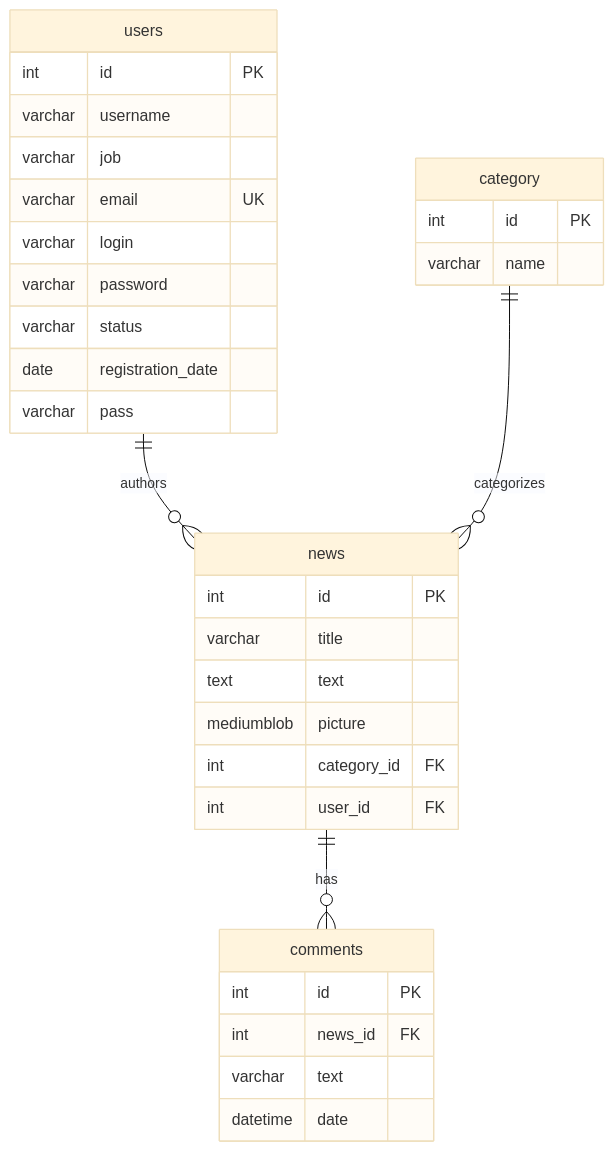
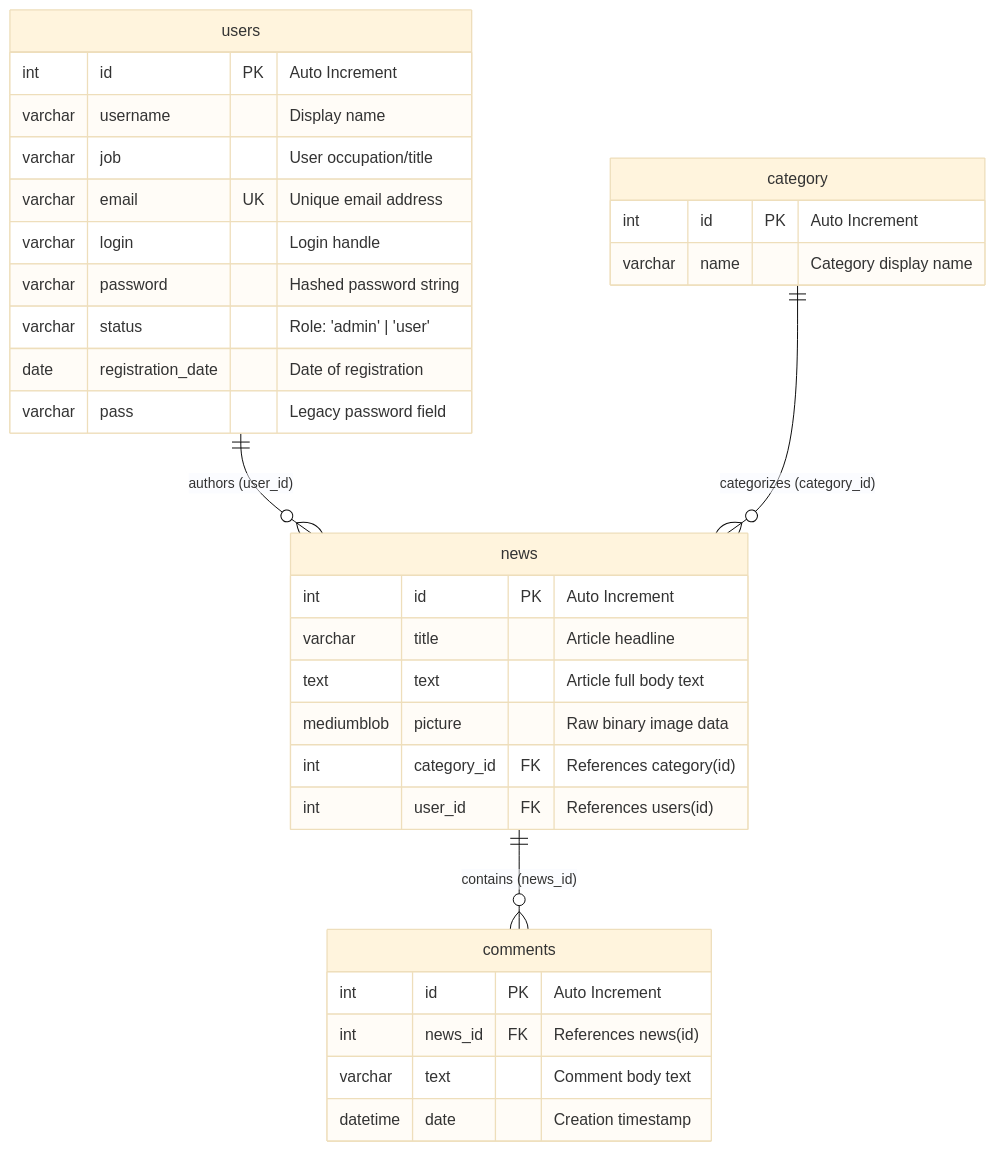
Before and after one commit to Vitali-Kol/news-php: the second of 2 diagrams in SPECIFICATION.md, drawn with Mermaid (base theme). The commit also changed other lines of this file, not shown here.

````diff
--- a/SPECIFICATION.md
+++ b/SPECIFICATION.md
@@ -116,39 +228,39 @@
 ```mermaid
 erDiagram
-    users ||--o{ news : "authors"
-    category ||--o{ news : "categorizes"
-    news ||--o{ comments : "has"
+    users ||--o{ news : "authors (user_id)"
+    category ||--o{ news : "categorizes (category_id)"
+    news ||--o{ comments : "contains (news_id)"
 
     users {
-        int id PK
-        varchar username
-        varchar job
-        varchar email UK
-        varchar login
-        varchar password
-        varchar status
-        date registration_date
-        varchar pass
+        int id PK "Auto Increment"
+        varchar username "Display name"
+        varchar job "User occupation/title"
+        varchar email UK "Unique email address"
+        varchar login "Login handle"
+        varchar password "Hashed password string"
+        varchar status "Role: 'admin' | 'user'"
+        date registration_date "Date of registration"
+        varchar pass "Legacy password field"
     }
 
     category {
-        int id PK
-        varchar name
+        int id PK "Auto Increment"
+        varchar name "Category display name"
     }
 
     news {
-        int id PK
-        varchar title
-        text text
-        mediumblob picture
-        int category_id FK
-        int user_id FK
+        int id PK "Auto Increment"
+        varchar title "Article headline"
+        text text "Article full body text"
+        mediumblob picture "Raw binary image data"
+        int category_id FK "References category(id)"
+        int user_id FK "References users(id)"
     }
 
     comments {
-        int id PK
-        int news_id FK
-        varchar text
-        datetime date
+        int id PK "Auto Increment"
+        int news_id FK "References news(id)"
+        varchar text "Comment body text"
+        datetime date "Creation timestamp"
     }
 ```
````
